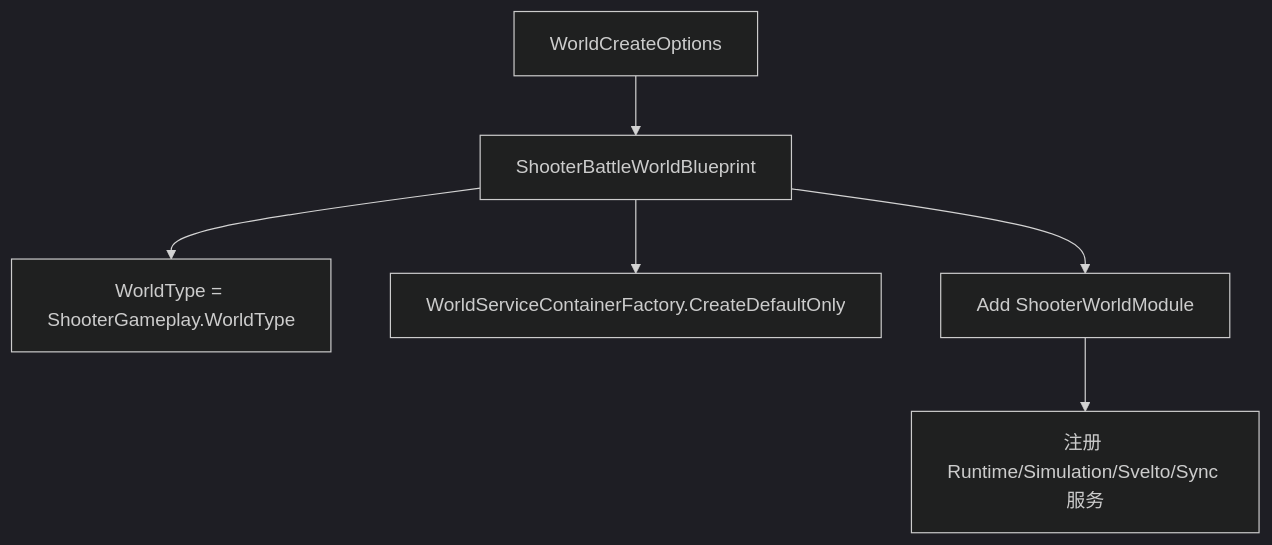
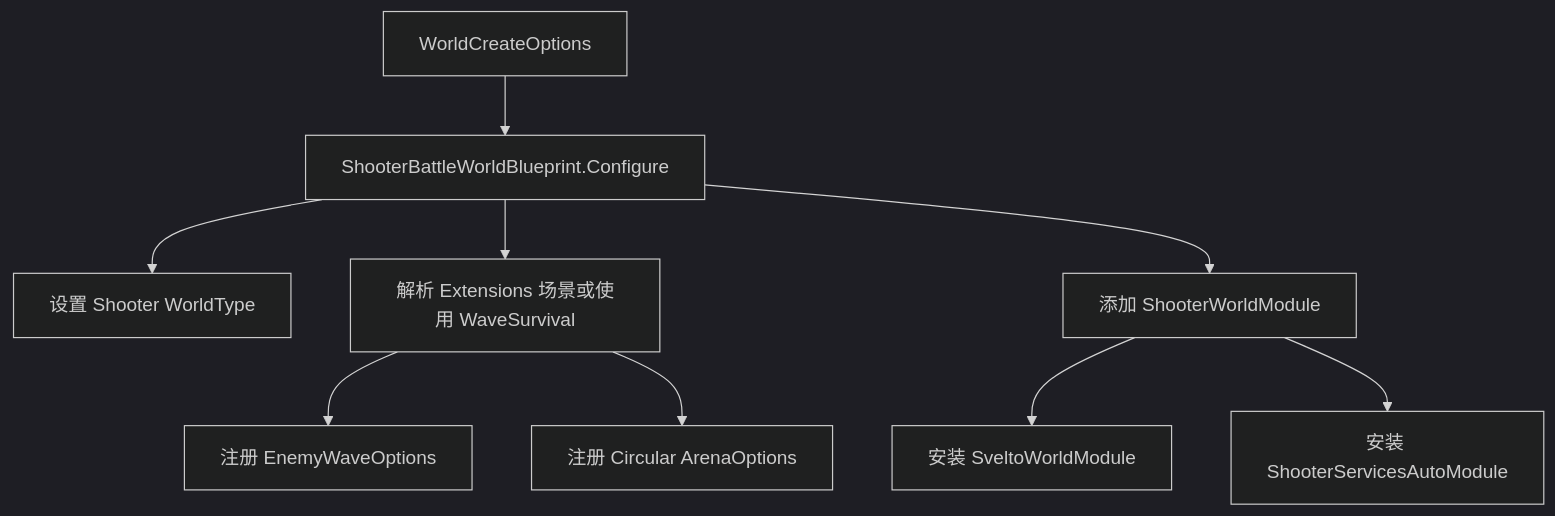
The first of 6 diagrams in Docs/design/09-ImplementationExamples/Shooter/01-RuntimeSveltoSimulation.md (Kurumioi/AbilityKit), drawn with Mermaid (dark theme) before and after one commit. The commit also changed other lines of this file and 118 other files, not shown here.

````diff
--- a/Docs/design/09-ImplementationExamples/Shooter/01-RuntimeSveltoSimulation.md
+++ b/Docs/design/09-ImplementationExamples/Shooter/01-RuntimeSveltoSimulation.md
@@ -28,8 +28,11 @@
 ```mermaid
 flowchart TD
-    A["WorldCreateOptions"] --> B["ShooterBattleWorldBlueprint"]
-    B --> C["WorldType = ShooterGameplay.WorldType"]
-    B --> D["WorldServiceContainerFactory.CreateDefaultOnly"]
-    B --> E["Add ShooterWorldModule"]
-    E --> F["注册 Runtime/Simulation/Svelto/Sync 服务"]
+    A["WorldCreateOptions"] --> B["ShooterBattleWorldBlueprint.Configure"]
+    B --> C["设置 Shooter WorldType"]
+    B --> D["解析 Extensions 场景或使用 WaveSurvival"]
+    D --> E["注册 EnemyWaveOptions"]
+    D --> F["注册 Circular ArenaOptions"]
+    B --> G["添加 ShooterWorldModule"]
+    G --> H["安装 SveltoWorldModule"]
+    G --> I["安装 ShooterServicesAutoModule"]
 ```
````
